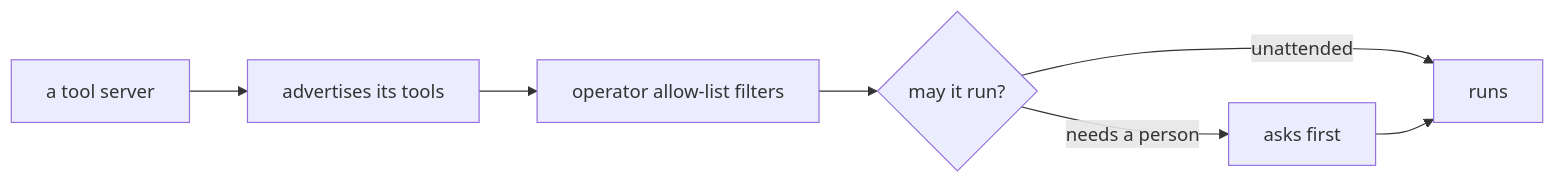
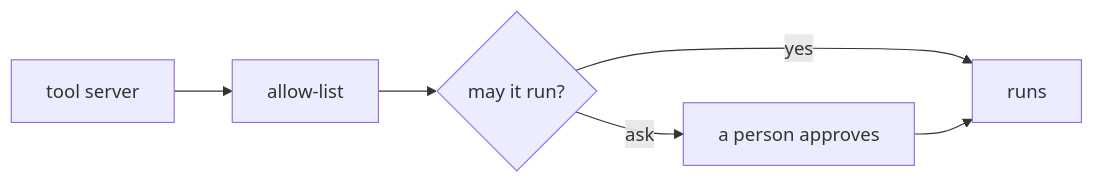
Before and after one commit to digithings-ai/digithings: the diagram in apps/digithings-web/content/book/20-mcp/index.mdx, drawn with Mermaid. The commit also changed other lines of this file and 75 other files, not shown here.

````diff
--- a/apps/digithings-web/content/book/20-mcp/index.mdx
+++ b/apps/digithings-web/content/book/20-mcp/index.mdx
@@ -34,9 +28,8 @@
-```mermaid
+```mermaid offered and executed are checked separately: a model only sees tools it may call
 flowchart LR
-  SRV[a tool server] --> ADV[advertises its tools]
-  ADV --> FILT[operator allow-list filters]
-  FILT --> GATE{may it run?}
-  GATE -->|unattended| RUN[runs]
-  GATE -->|needs a person| ASK[asks first]
-  ASK --> RUN
+  SRV[tool server] --> LIST[allow-list]
+  LIST --> GATE{may it run?}
+  GATE -->|yes| RUN[runs]
+  GATE -->|ask| PERSON[a person approves]
+  PERSON --> RUN
 ```
````
